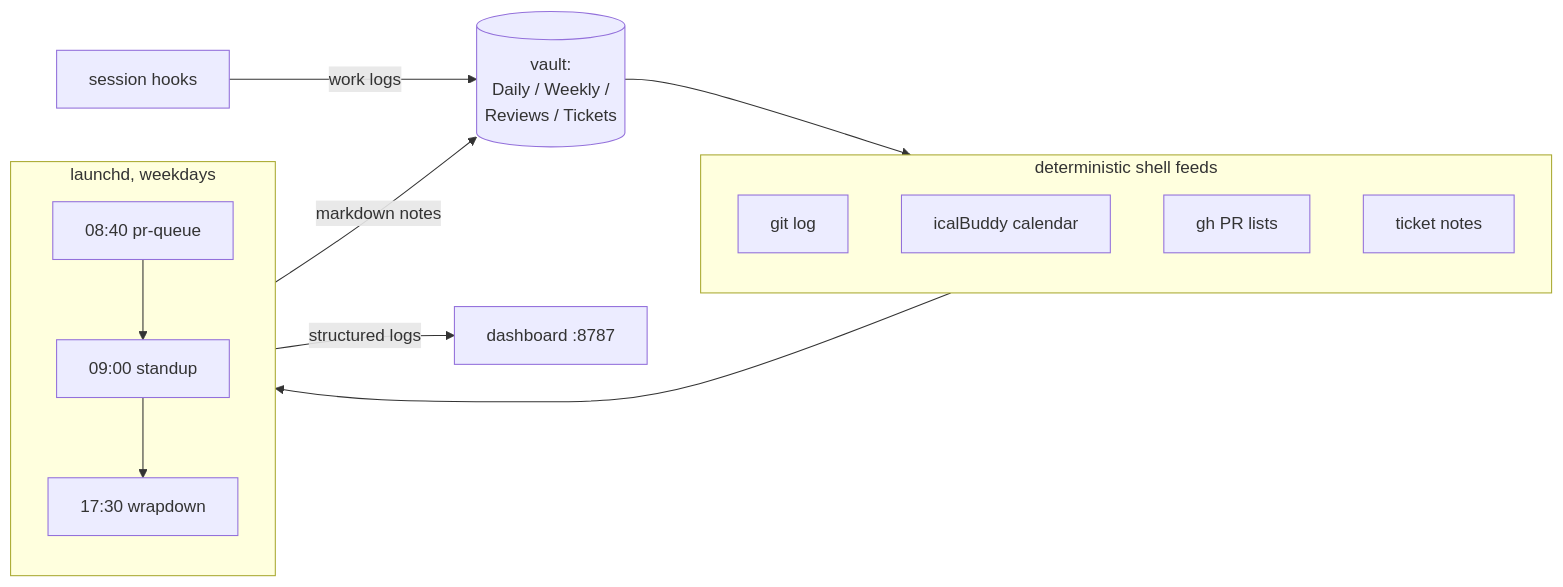
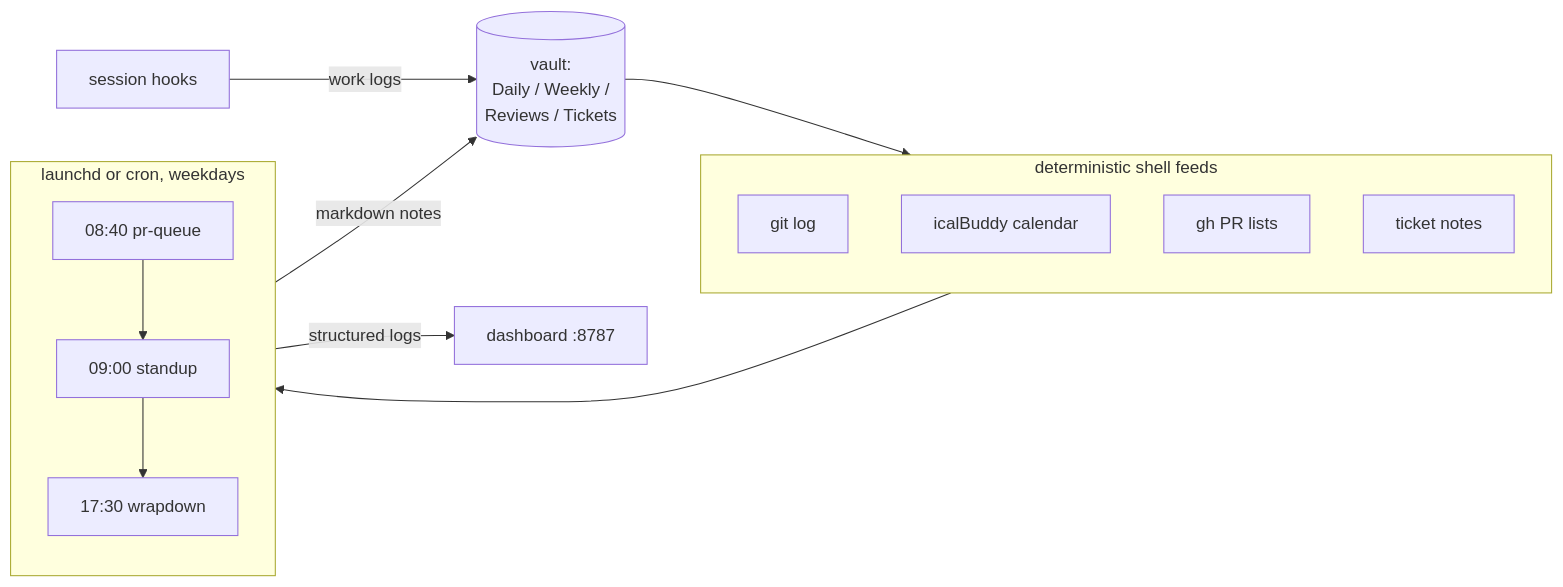
The diagram in README.md (AdisBacic/CCyclops), drawn with Mermaid before and after one commit. The commit also changed other lines of this file and 10 other files, not shown here.

First line of the commit message:
Windows route: run under WSL2 with cron in launchd's place

````diff
--- a/README.md
+++ b/README.md
@@ -34,14 +35,14 @@
 ```mermaid
 flowchart LR
     subgraph feeds [deterministic shell feeds]
         G[git log] & C[icalBuddy calendar] & P[gh PR lists] & T[ticket notes]
     end
-    subgraph jobs [launchd, weekdays]
+    subgraph jobs [launchd or cron, weekdays]
         Q[08:40 pr-queue] --> S[09:00 standup] --> W[17:30 wrapdown]
     end
     feeds --> jobs
     jobs -->|markdown notes| V[(vault:<br>Daily / Weekly /<br>Reviews / Tickets)]
     H[session hooks] -->|work logs| V
     V --> feeds
     jobs -->|structured logs| D[dashboard :8787]
 ```
````
